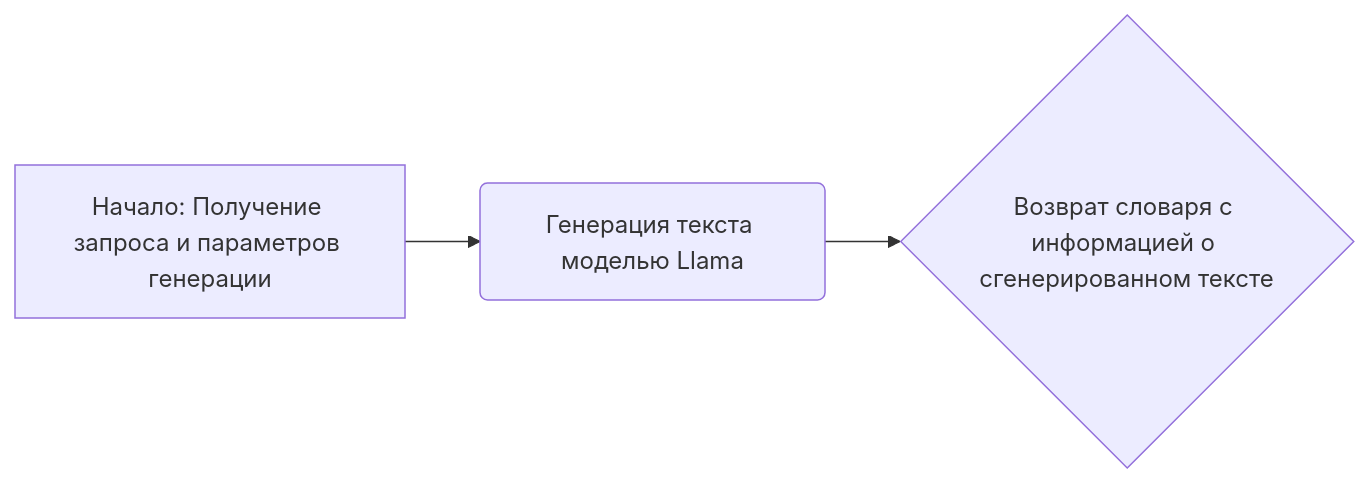
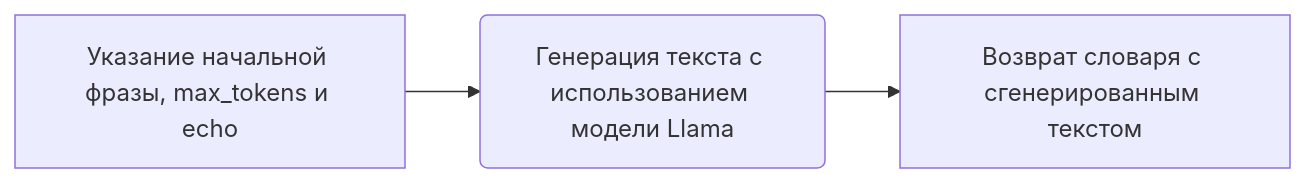
The second of 3 diagrams in docs/gemini/ru/doc/src/ai/llama/model.py.md (hypo69/hypo), drawn with Mermaid before and after one commit. The commit also changed other lines of this file and 551 other files, not shown here.

````diff
--- a/docs/gemini/ru/doc/src/ai/llama/model.py.md
+++ b/docs/gemini/ru/doc/src/ai/llama/model.py.md
@@ -92,5 +82,5 @@
 ```mermaid
 graph LR
-A[Начало: Получение запроса и параметров генерации] --> B(Генерация текста моделью Llama);
-B --> C{Возврат словаря с информацией о сгенерированном тексте};
+    A[Указание начальной фразы, max_tokens и echo] --> B(Генерация текста с использованием модели Llama);
+    B --> C[Возврат словаря с сгенерированным текстом];
 ```
````
